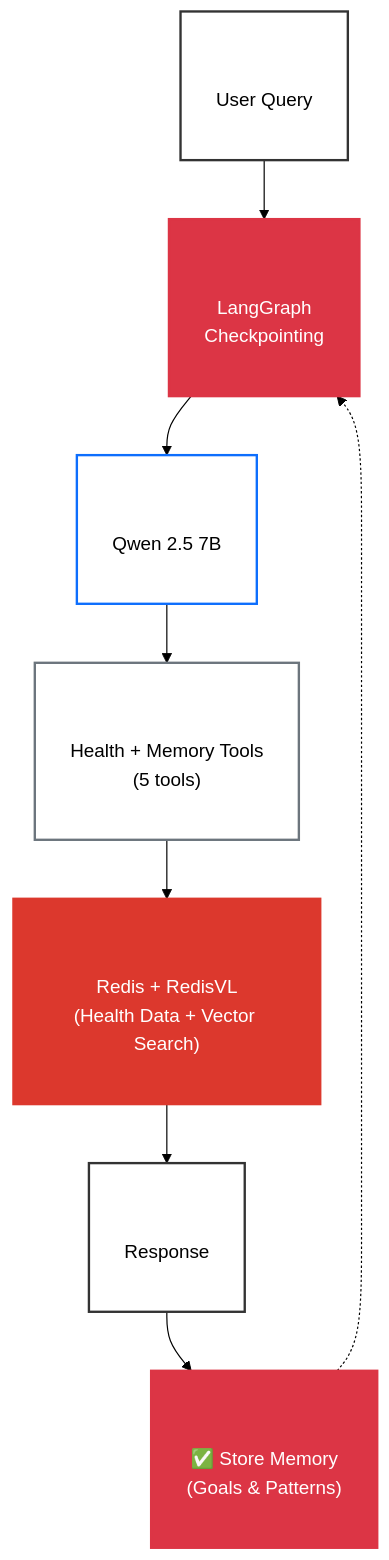
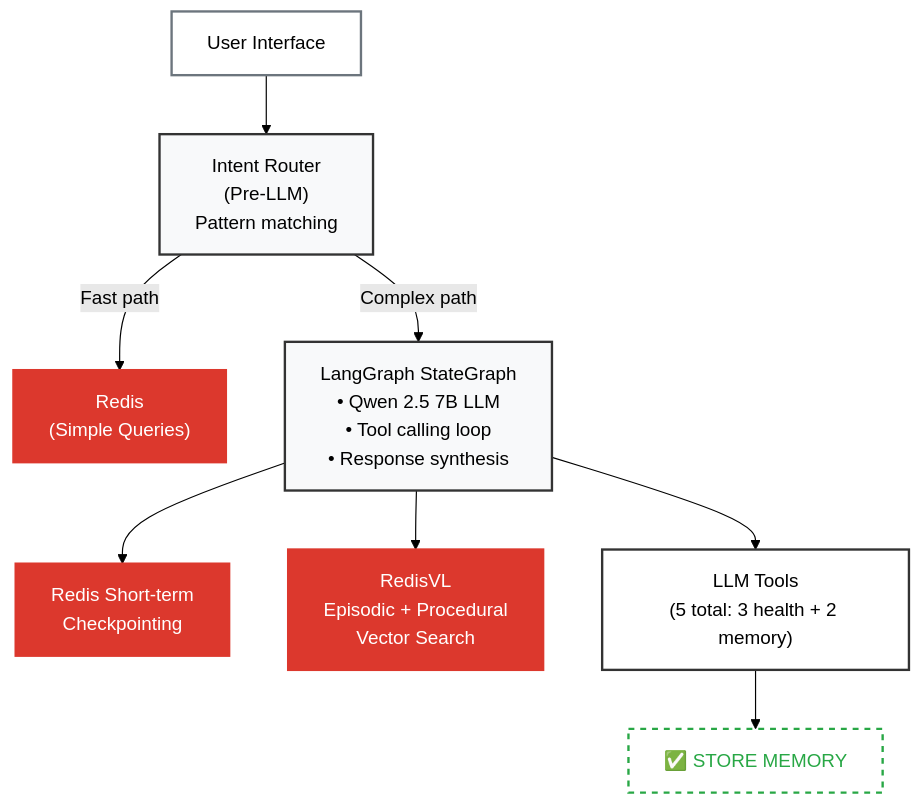
The second of 2 diagrams in README.md (AllieRays/redis-wellness), drawn with Mermaid (forest theme) before and after one commit. The commit also changed other lines of this file and 6 other files, not shown here.

````diff
--- a/README.md
+++ b/README.md
@@ -117,25 +54,28 @@
 ```mermaid
-flowchart TD
-    T1["<br/><br/>User Query<br/><br/>"]:::query
-    T2["<br/><br/>LangGraph<br/>Checkpointing<br/><br/>"]:::memory
-    T3["<br/><br/>Qwen 2.5 7B<br/><br/>"]:::llm
-    T4["<br/><br/>Health + Memory Tools<br/>(5 tools)<br/><br/>"]:::tool
-    T5["<br/><br/>Redis + RedisVL<br/>(Health Data + Vector Search)<br/><br/>"]:::redis
-    T6["<br/><br/>Response<br/><br/>"]:::response
-    T7["<br/><br/>✅ Store Memory<br/>(Goals & Patterns)<br/><br/>"]:::memory
+flowchart TB
+    UI["User Interface"]
+    Router["Intent Router<br/>(Pre-LLM)<br/>Pattern matching"]
+    Simple["Redis<br/>(Simple Queries)"]
+    Complex["LangGraph StateGraph<br/>• Qwen 2.5 7B LLM<br/>• Tool calling loop<br/>• Response synthesis"]
+    RedisShort["Redis Short-term<br/>Checkpointing"]
+    RedisVL["RedisVL<br/>Episodic + Procedural<br/>Vector Search"]
+    Tools["LLM Tools<br/>(5 total: 3 health + 2 memory)"]
+    Store["✅ STORE MEMORY"]
 
-    T1 --> T2
-    T2 --> T3
-    T3 --> T4
-    T4 --> T5
-    T5 --> T6
-    T6 --> T7
-    T7 -.-> T2
+    UI --> Router
+    Router -->|"Fast path"| Simple
+    Router -->|"Complex path"| Complex
+    Complex --> RedisShort
+    Complex --> RedisVL
+    Complex --> Tools
+    Tools --> Store
 
-    classDef query fill:#fff,stroke:#333,stroke-width:2px,color:#000
-    classDef llm fill:#fff,stroke:#0d6efd,stroke-width:2px,color:#000
-    classDef tool fill:#fff,stroke:#6c757d,stroke-width:2px,color:#000
-    classDef redis fill:#dc382d,stroke:#dc382d,stroke-width:2px,color:#fff
-    classDef response fill:#fff,stroke:#333,stroke-width:2px,color:#000
-    classDef memory fill:#dc3545,stroke:#dc3545,stroke-width:2px,color:#fff
+    style UI fill:#fff,stroke:#6c757d,stroke-width:2px,color:#000
+    style Router fill:#f8f9fa,stroke:#333,stroke-width:2px,color:#000
+    style Simple fill:#dc382d,stroke:#dc382d,stroke-width:2px,color:#fff
+    style Complex fill:#f8f9fa,stroke:#333,stroke-width:2px,color:#000
+    style RedisShort fill:#dc382d,stroke:#dc382d,stroke-width:2px,color:#fff
+    style RedisVL fill:#dc382d,stroke:#dc382d,stroke-width:2px,color:#fff
+    style Tools fill:#fff,stroke:#333,stroke-width:2px,color:#000
+    style Store fill:#fff,stroke:#28a745,stroke-width:2px,color:#28a745,stroke-dasharray: 5 5
 ```
````
